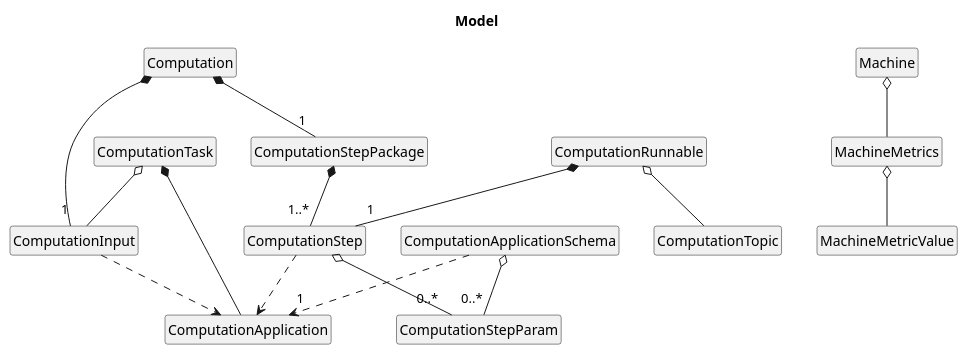
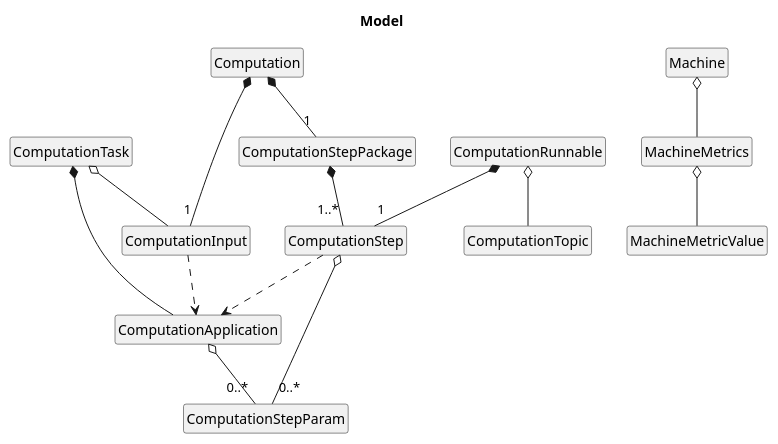
Before and after one commit to Plan-B-PO/docs: the diagram in model/entities.puml, drawn with PlantUML. The commit also changed 2 other files, not shown here.

Commit message:
set ComputationApplicationSchema as ComputationApplication field

```diff
--- a/model/entities.puml
+++ b/model/entities.puml
@@ -1,36 +1,34 @@
 @startuml
     title Model
 
     hide class circle
     hide class fields
     hide class methods
 
     class ComputationTask
     class ComputationApplication
-    class ComputationApplicationSchema
     class ComputationInput
     class ComputationStep
     class ComputationStepPackage
     class ComputationStepParam
     class ComputationRunnable
     class ComputationTopic
     class Computation
     class Machine
     class MachineMetrics
     class MachineMetricValue
 
     ComputationTask *-- ComputationApplication
     ComputationTask o-- ComputationInput
-    ComputationApplicationSchema ..> "1" ComputationApplication
-    ComputationApplicationSchema o-- "0..*" ComputationStepParam
+    ComputationApplication o-- "0..*" ComputationStepParam
     ComputationInput ..> ComputationApplication
     ComputationStepPackage *-- "1..*" ComputationStep
     ComputationStep o-- "0..*" ComputationStepParam
     ComputationStep ..> ComputationApplication
     ComputationRunnable *-- "1" ComputationStep
     ComputationRunnable o-- ComputationTopic
     Computation *-- "1"ComputationStepPackage
     Computation *-- "1" ComputationInput
     Machine o-- MachineMetrics
     MachineMetrics o-- MachineMetricValue
 @enduml
```
